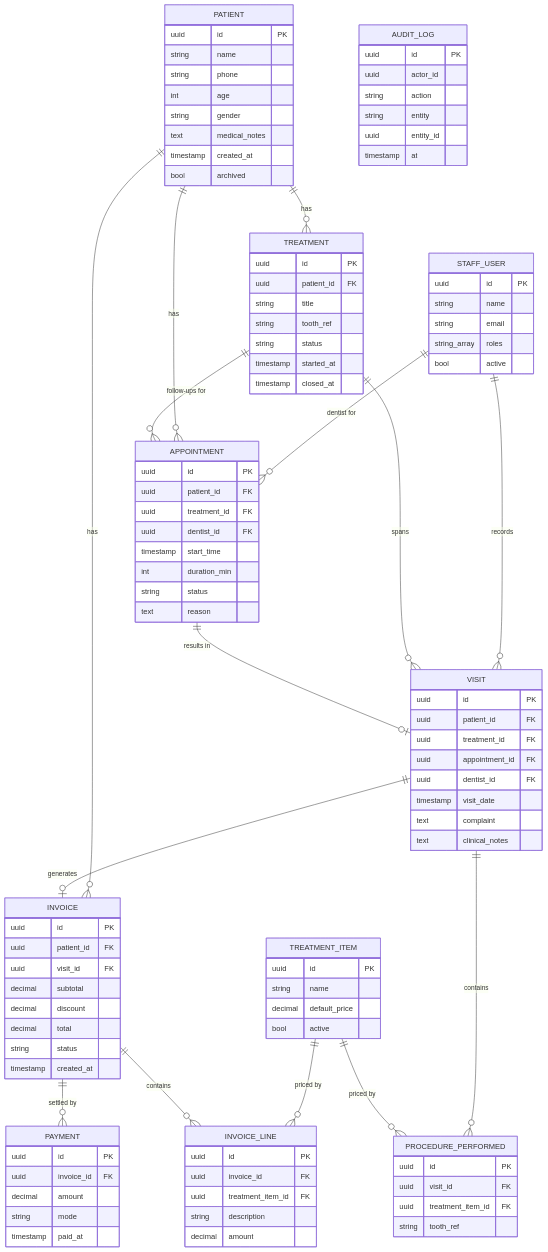
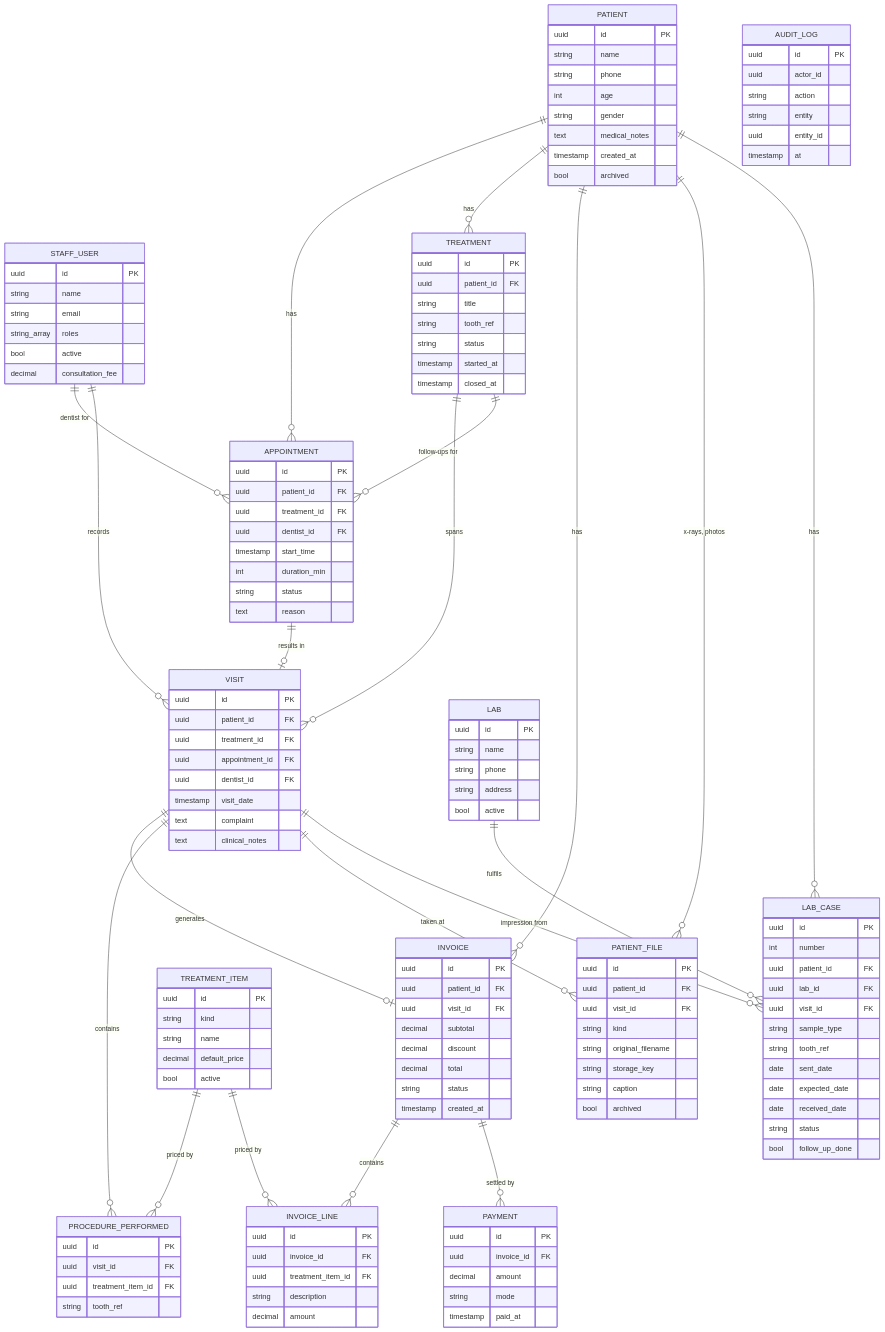
One commit to rishietagi/dental_clinic_MVP changed the ninth of 9 diagrams in docs/BUILD_PLAN.md. Above: the diagram before and after it, drawn with Mermaid. The commit also changed other lines of this file and 24 other files, not shown here.

```diff
--- a/docs/BUILD_PLAN.md
+++ b/docs/BUILD_PLAN.md
@@ -318,6 +318,11 @@
     TREATMENT_ITEM ||--o{ INVOICE_LINE : "priced by"
     INVOICE ||--o{ INVOICE_LINE : contains
     INVOICE ||--o{ PAYMENT : "settled by"
+    PATIENT ||--o{ PATIENT_FILE : "x-rays, photos"
+    VISIT ||--o{ PATIENT_FILE : "taken at"
+    PATIENT ||--o{ LAB_CASE : has
+    LAB ||--o{ LAB_CASE : fulfils
+    VISIT ||--o{ LAB_CASE : "impression from"
 
     STAFF_USER {
         uuid id PK
@@ -325,6 +330,7 @@
         string email
         string_array roles
         bool active
+        decimal consultation_fee
     }
     PATIENT {
         uuid id PK
@@ -367,6 +373,7 @@
     }
     TREATMENT_ITEM {
         uuid id PK
+        string kind
         string name
         decimal default_price
         bool active
@@ -401,6 +408,37 @@
         string mode
         timestamp paid_at
     }
+    PATIENT_FILE {
+        uuid id PK
+        uuid patient_id FK
+        uuid visit_id FK
+        string kind
+        string original_filename
+        string storage_key
+        string caption
+        bool archived
+    }
+    LAB {
+        uuid id PK
+        string name
+        string phone
+        string address
+        bool active
+    }
+    LAB_CASE {
+        uuid id PK
+        int number
+        uuid patient_id FK
+        uuid lab_id FK
+        uuid visit_id FK
+        string sample_type
+        string tooth_ref
+        date sent_date
+        date expected_date
+        date received_date
+        string status
+        bool follow_up_done
+    }
     AUDIT_LOG {
         uuid id PK
         uuid actor_id
```
